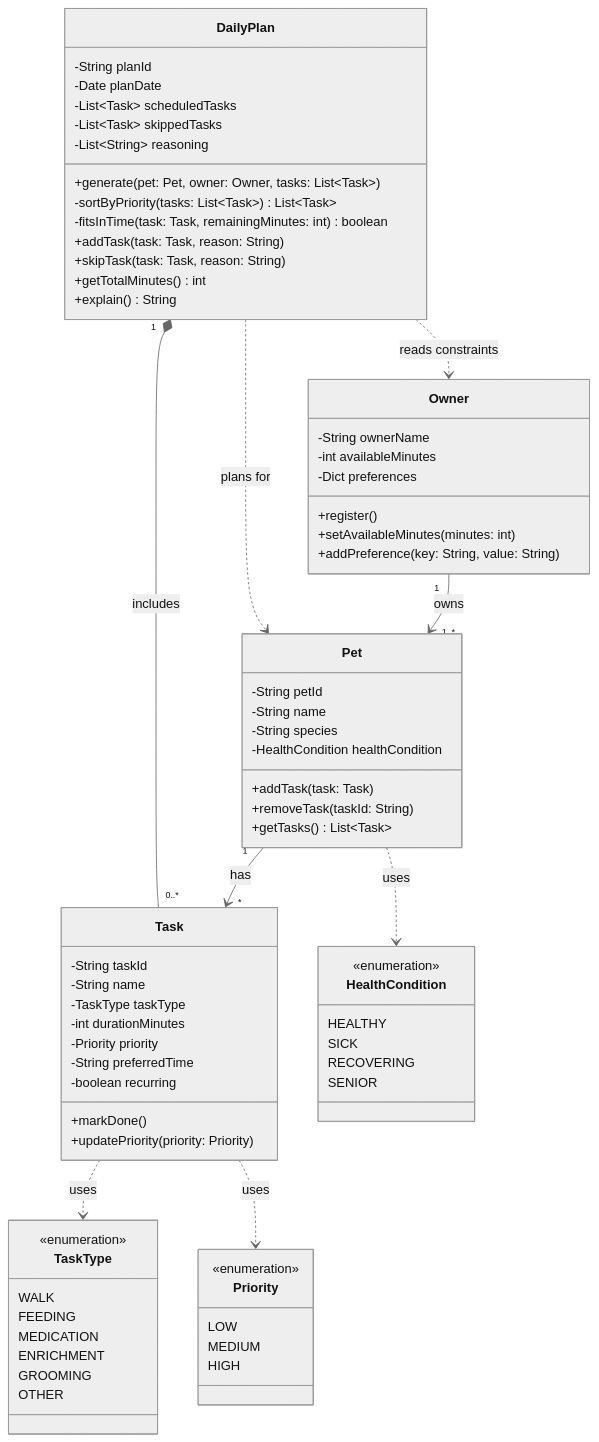
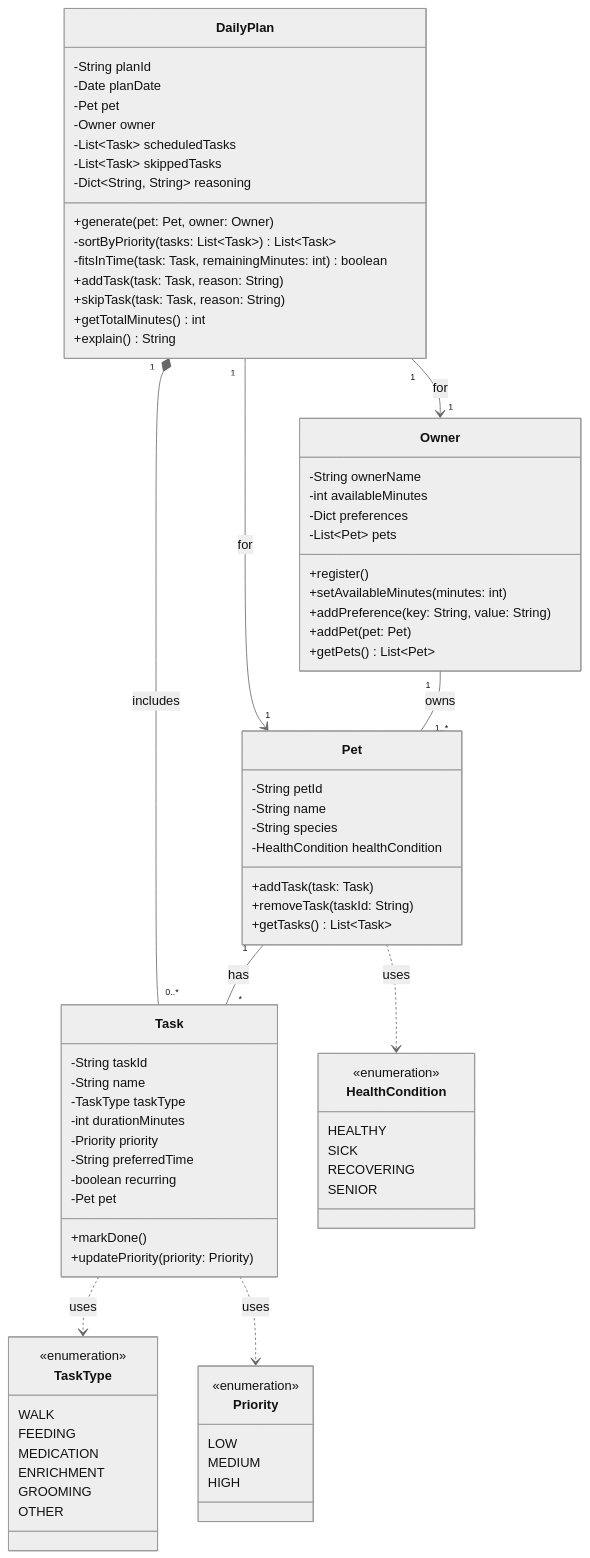
Before and after one commit to SpyNextDoor/ai110-module2show-pawpal-starter: the diagram in diagrams/uml.mmd, drawn with Mermaid (neutral theme). The commit also changed 2 other files, not shown here.

Commit message:
FIX: - Updated the UML diagram - Fixed some relations in the pawpal_system.py

```diff
--- a/diagrams/uml.mmd
+++ b/diagrams/uml.mmd
@@ -1,80 +1,86 @@
 classDiagram
     class Owner {
         -String ownerName
         -int availableMinutes
         -Dict preferences
+        -List~Pet~ pets
         +register()
         +setAvailableMinutes(minutes: int)
         +addPreference(key: String, value: String)
+        +addPet(pet: Pet)
+        +getPets() List~Pet~
     }
 
     class Pet {
         -String petId
         -String name
         -String species
         -HealthCondition healthCondition
         +addTask(task: Task)
         +removeTask(taskId: String)
         +getTasks() List~Task~
     }
 
     class Task {
         -String taskId
         -String name
         -TaskType taskType
         -int durationMinutes
         -Priority priority
         -String preferredTime
         -boolean recurring
+        -Pet pet
         +markDone()
         +updatePriority(priority: Priority)
     }
 
     class DailyPlan {
         -String planId
         -Date planDate
+        -Pet pet
+        -Owner owner
         -List~Task~ scheduledTasks
         -List~Task~ skippedTasks
-        -List~String~ reasoning
-        +generate(pet: Pet, owner: Owner, tasks: List~Task~)
+        -Dict~String, String~ reasoning
+        +generate(pet: Pet, owner: Owner)
         -sortByPriority(tasks: List~Task~) List~Task~
         -fitsInTime(task: Task, remainingMinutes: int) boolean
         +addTask(task: Task, reason: String)
         +skipTask(task: Task, reason: String)
         +getTotalMinutes() int
         +explain() String
     }
 
     class HealthCondition {
         <<enumeration>>
         HEALTHY
         SICK
         RECOVERING
         SENIOR
     }
 
     class TaskType {
         <<enumeration>>
         WALK
         FEEDING
         MEDICATION
         ENRICHMENT
         GROOMING
         OTHER
     }
 
     class Priority {
         <<enumeration>>
         LOW
         MEDIUM
         HIGH
     }
 
-    Owner "1" --> "1..*" Pet : owns
-    Pet "1" --> "*" Task : has
-    DailyPlan ..> Owner : reads constraints
-    DailyPlan ..> Pet : plans for
+    Owner "1" -- "1..*" Pet : owns
+    Pet "1" -- "*" Task : has
+    DailyPlan "1" --> "1" Owner : for
+    DailyPlan "1" --> "1" Pet : for
     DailyPlan "1" *-- "0..*" Task : includes
     Pet ..> HealthCondition : uses
     Task ..> TaskType : uses
     Task ..> Priority : uses
```
